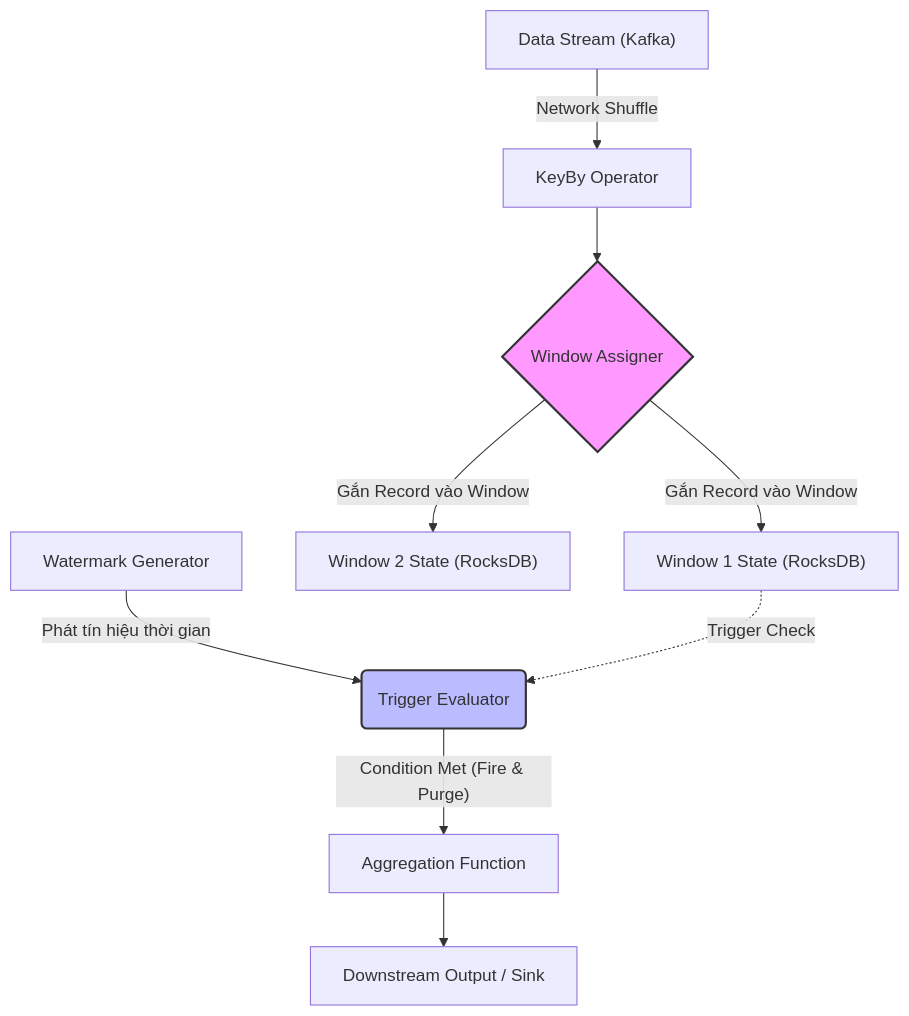
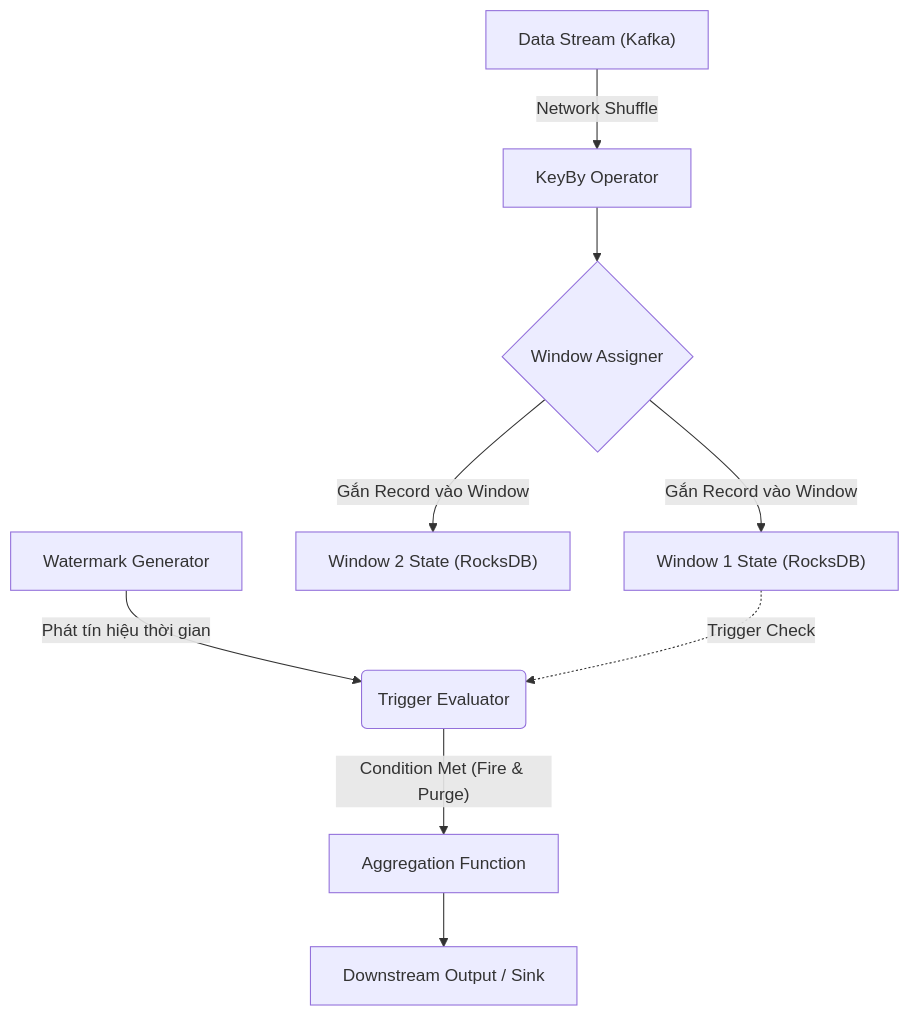
Before and after one commit to kythuatdulieu/kythuatdulieu.github.io: the diagram in src/content/docs/concepts/5-stream-processing-realtime/windowing.md, drawn with Mermaid. The commit also changed 686 other files, not shown here.

````diff
--- a/src/content/docs/concepts/5-stream-processing-realtime/windowing.md
+++ b/src/content/docs/concepts/5-stream-processing-realtime/windowing.md
@@ -24,17 +24,16 @@
 ```mermaid
 graph TD
     A["Data Stream (Kafka)"] -->|Network Shuffle| B["KeyBy Operator"]
     B --> C{"Window Assigner"}
     
     C -->|Gắn Record vào Window| D1["Window 1 State (RocksDB)"]
     C -->|Gắn Record vào Window| D2["Window 2 State (RocksDB)"]
     
     H["Watermark Generator"] -->|Phát tín hiệu thời gian| E
     D1 -.->|Trigger Check| E("Trigger Evaluator")
     
     E -->|"Condition Met (Fire & Purge)"| F["Aggregation Function"]
     F --> G["Downstream Output / Sink"]
-    
-    style C fill:#f9f,stroke:#333,stroke-width:2px
-    style E fill:#bbf,stroke:#333,stroke-width:2px
+
+
 ```
````
